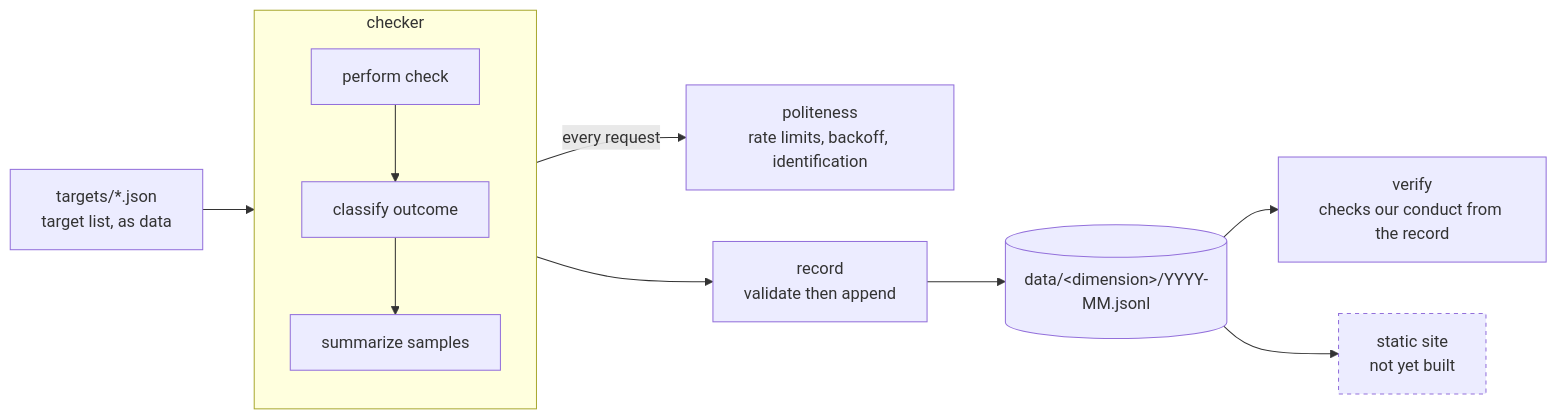
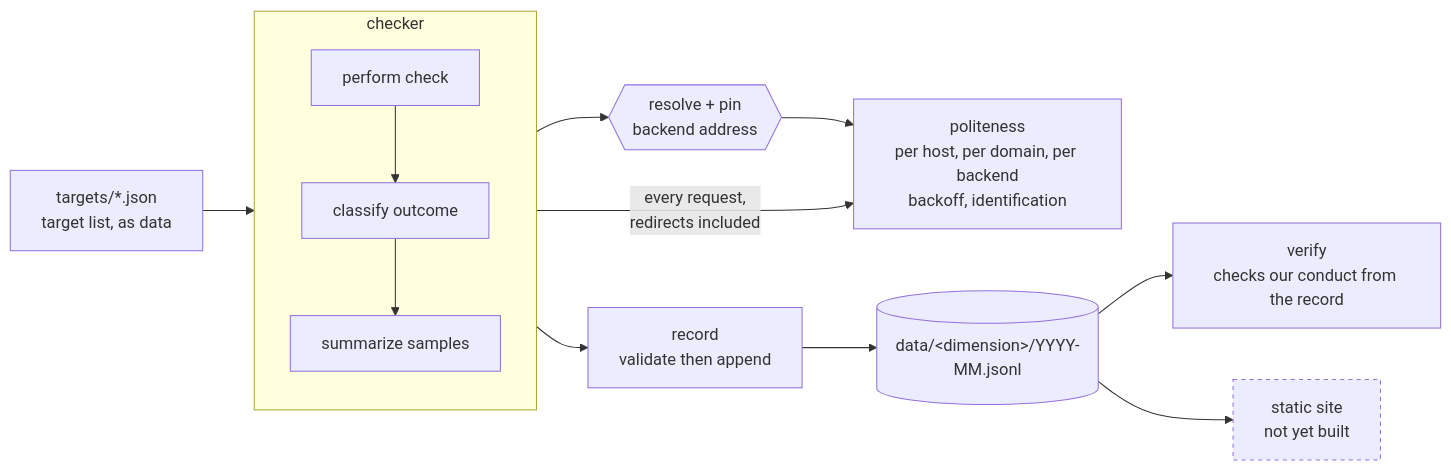
One commit to theDotGovDev/govWebChecker changed the first of 2 diagrams in ARCHITECTURE.md. Above: the diagram before and after it, drawn with Mermaid. The commit also changed other lines of this file and 20 other files, not shown here.

````diff
--- a/ARCHITECTURE.md
+++ b/ARCHITECTURE.md
@@ -15,17 +15,19 @@
 ```mermaid
 flowchart LR
     targets[targets/*.json<br/>target list, as data] --> checker
     subgraph checker[checker]
         direction TB
         C1[perform check] --> C2[classify outcome]
         C2 --> C3[summarize samples]
     end
-    checker -->|every request| politeness
-    politeness[politeness<br/>rate limits, backoff, identification]
+    checker -->|every request,<br/>redirects included| politeness
+    politeness[politeness<br/>per host, per domain, per backend<br/>backoff, identification]
+    dns{{resolve + pin<br/>backend address}} --> politeness
+    checker --> dns
     checker --> record[record<br/>validate then append]
     record --> data[(data/&lt;dimension&gt;/YYYY-MM.jsonl)]
     data --> verify[verify<br/>checks our conduct from the record]
     data --> site[static site<br/>not yet built]
 
     style site stroke-dasharray: 4 4
 ```
````
